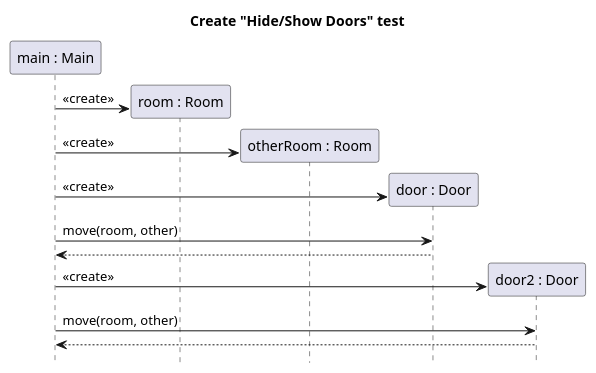
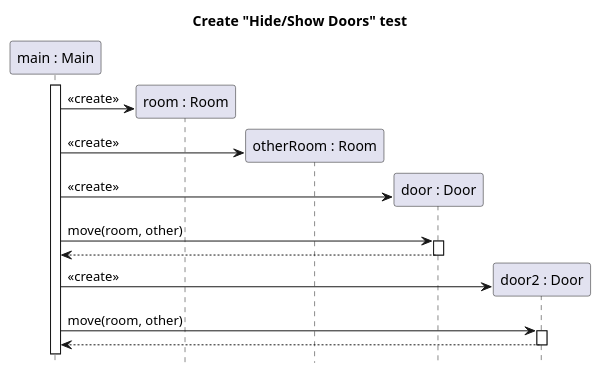
One commit to sn4k3ch4rm3r/logarlec changed the diagram in docs/diagrams/test-create-sequence/room_hide_show_doors_create.puml. Above: the diagram before and after it, drawn with PlantUML. The commit also changed 22 other files, not shown here.

Commit message:
Modified and added sequence diagrams

```diff
--- a/docs/diagrams/test-create-sequence/room_hide_show_doors_create.puml
+++ b/docs/diagrams/test-create-sequence/room_hide_show_doors_create.puml
@@ -1,24 +1,26 @@
 @startuml room-hide-doors-create
 
 title Create "Hide/Show Doors" test
 hide footbox
 participant "main : Main" as main
 participant "room : Room" as room
 participant "otherRoom : Room" as other
 participant "door : Door" as door
 participant "door2 : Door" as door2
 
+main++
+
 create room
 main -> room : <<create>>
 create other
 main -> other : <<create>>
 create door
 main -> door : <<create>>
-main -> door : move(room, other)
+main -> door ++ : move(room, other)
 return
 create door2
 main -> door2 : <<create>>
-main -> door2 : move(room, other)
+main -> door2 ++ : move(room, other)
 return
 
 @enduml
```
